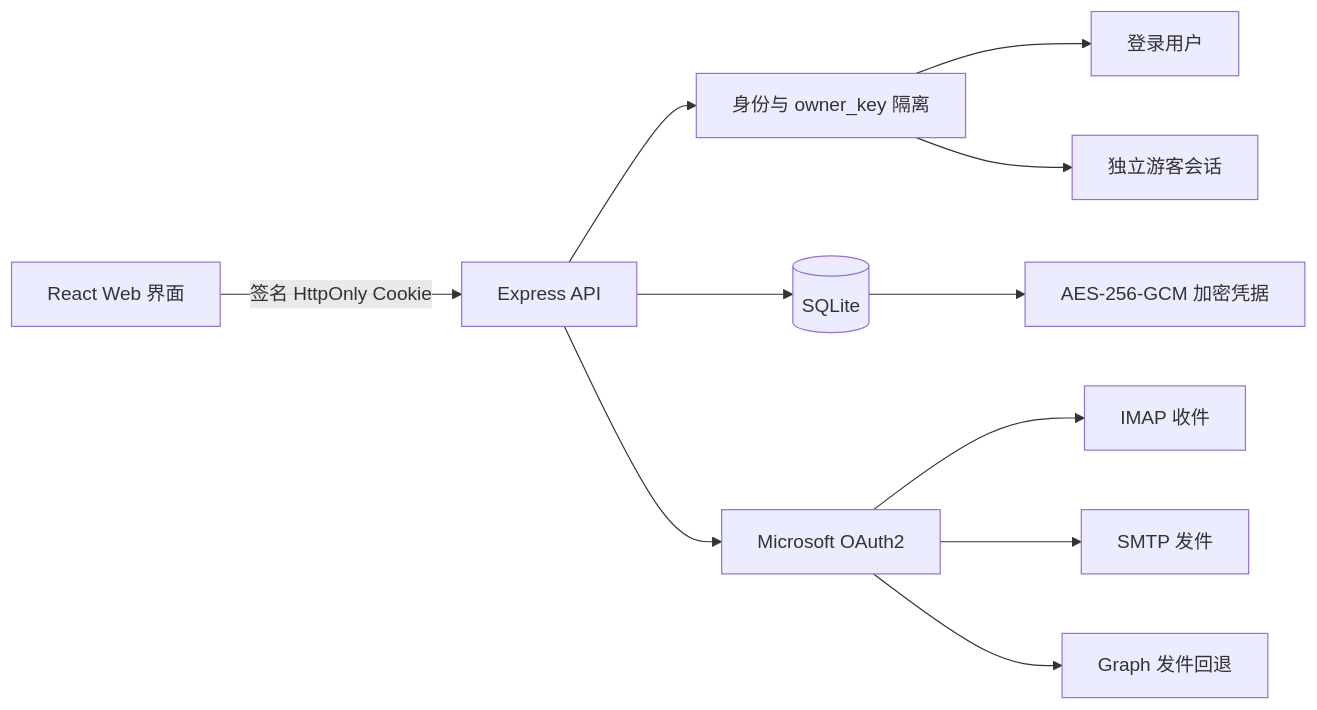
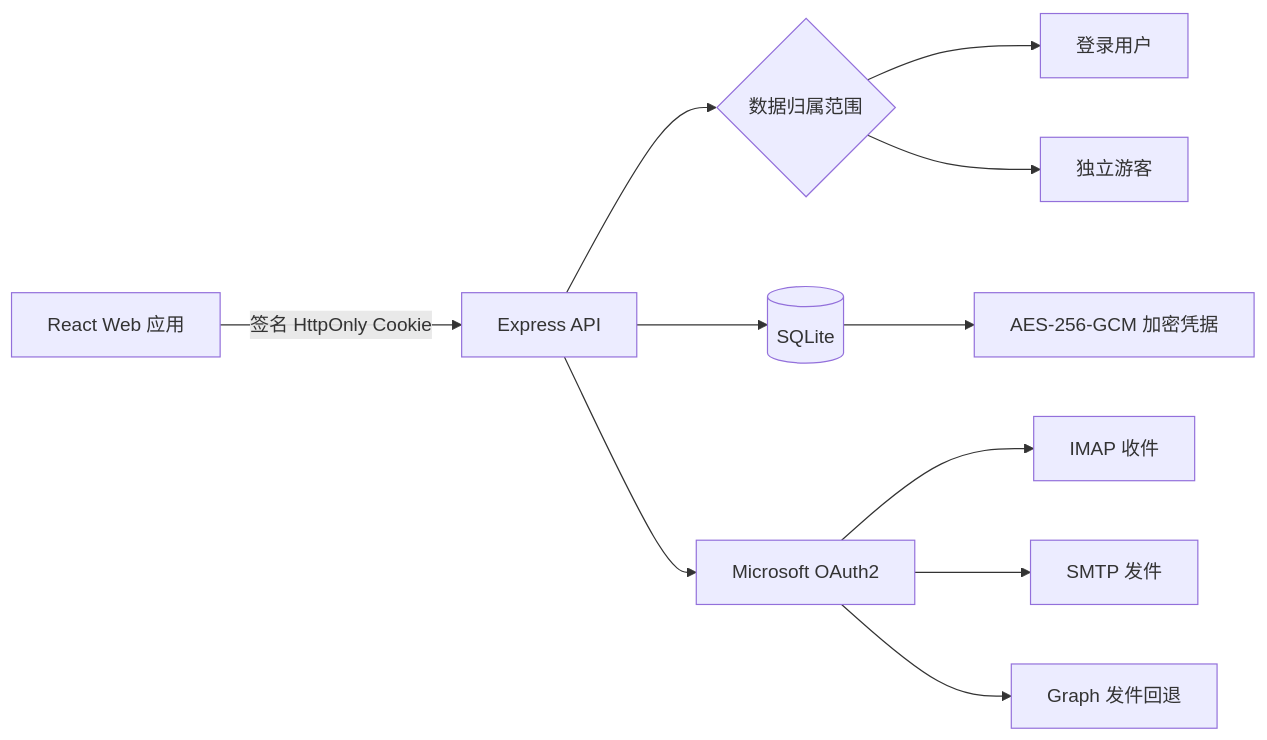
Before and after one commit to neonflux-io/Mail: the diagram in README.zh-CN.md, drawn with Mermaid. The commit also changed other lines of this file and 10 other files, not shown here.

````diff
--- a/README.zh-CN.md
+++ b/README.zh-CN.md
@@ -59,13 +90,13 @@
 ```mermaid
 flowchart LR
-  B[React Web 界面] -->|签名 HttpOnly Cookie| A[Express API]
-  A --> I[身份与 owner_key 隔离]
-  I --> U[登录用户]
-  I --> G[独立游客会话]
-  A --> D[(SQLite)]
-  D --> E[AES-256-GCM 加密凭据]
-  A --> O[Microsoft OAuth2]
-  O --> M[IMAP 收件]
-  O --> S[SMTP 发件]
-  O --> X[Graph 发件回退]
+  Browser[React Web 应用] -->|签名 HttpOnly Cookie| API[Express API]
+  API --> Identity{数据归属范围}
+  Identity --> User[登录用户]
+  Identity --> Guest[独立游客]
+  API --> DB[(SQLite)]
+  DB --> Vault[AES-256-GCM 加密凭据]
+  API --> OAuth[Microsoft OAuth2]
+  OAuth --> IMAP[IMAP 收件]
+  OAuth --> SMTP[SMTP 发件]
+  OAuth --> Graph[Graph 发件回退]
 ```
````
